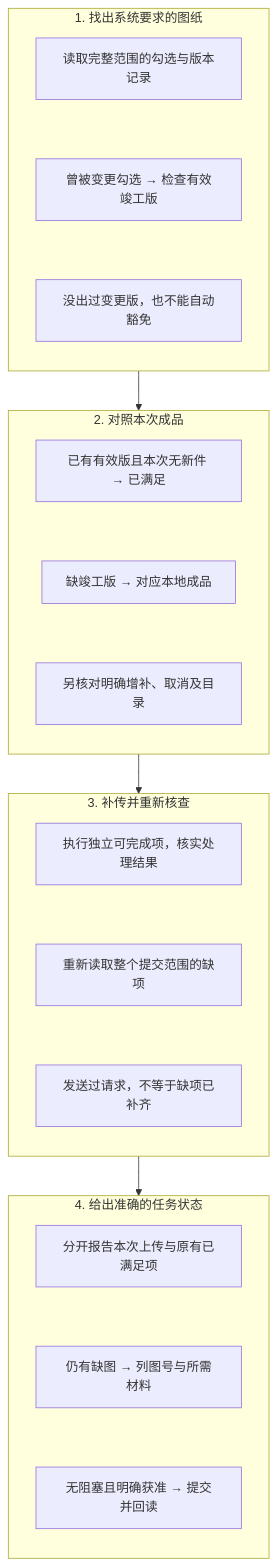
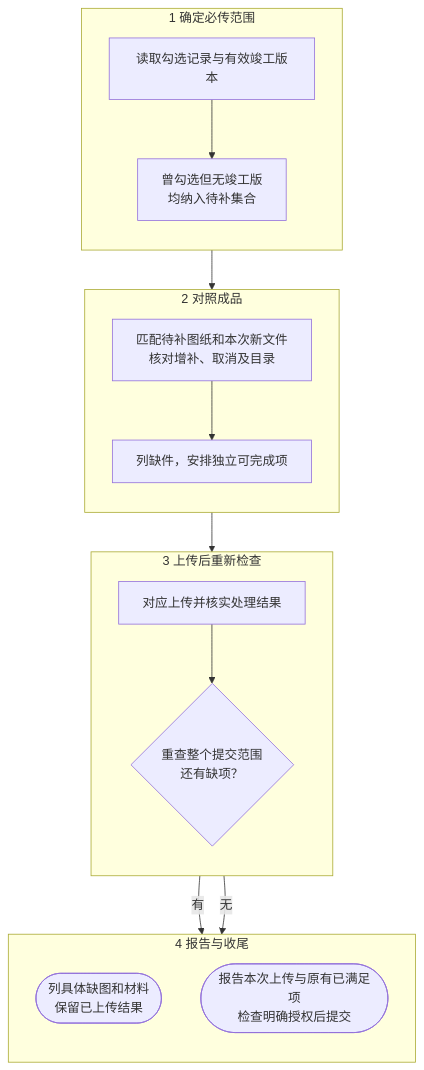
One commit to Zazia/blueprint-batch-upload changed the diagram in docs/upload-guide/sources/05-completion.mmd. Above: the diagram before and after it, drawn with Mermaid. The commit also changed 51 other files, not shown here.

Commit message:
Refocus article on Guangzhou designers and restore grouped flowcharts

```diff
--- a/docs/upload-guide/sources/05-completion.mmd
+++ b/docs/upload-guide/sources/05-completion.mmd
@@ -1,32 +1,28 @@
 flowchart TD
-  subgraph S0["1. 找出系统要求的图纸"]
+  subgraph S0["1 确定必传范围"]
     direction TB
-    N00["读取完整范围的勾选与版本记录"]
-    N01["曾被变更勾选 → 检查有效竣工版"]
-    N02["没出过变更版，也不能自动豁免"]
-    N00 ~~~ N01 ~~~ N02
+    a["读取勾选记录与有效竣工版本"]
+    b["曾勾选但无竣工版<br/>均纳入待补集合"]
   end
-  subgraph S1["2. 对照本次成品"]
+  subgraph S1["2 对照成品"]
     direction TB
-    N10["已有有效版且本次无新件 → 已满足"]
-    N11["缺竣工版 → 对应本地成品"]
-    N12["另核对明确增补、取消及目录"]
-    N10 ~~~ N11 ~~~ N12
+    c["匹配待补图纸和本次新文件<br/>核对增补、取消及目录"]
+    d["列缺件，安排独立可完成项"]
   end
-  S0 --> S1
-  subgraph S2["3. 补传并重新核查"]
+  subgraph S2["3 上传后重新检查"]
     direction TB
-    N20["执行独立可完成项，核实处理结果"]
-    N21["重新读取整个提交范围的缺项"]
-    N22["发送过请求，不等于缺项已补齐"]
-    N20 ~~~ N21 ~~~ N22
+    e["对应上传并核实处理结果"]
+    f{"重查整个提交范围<br/>还有缺项？"}
   end
-  S1 --> S2
-  subgraph S3["4. 给出准确的任务状态"]
+  subgraph S3["4 报告与收尾"]
     direction TB
-    N30["分开报告本次上传与原有已满足项"]
-    N31["仍有缺图 → 列图号与所需材料"]
-    N32["无阻塞且明确获准 → 提交并回读"]
-    N30 ~~~ N31 ~~~ N32
+    g(["列具体缺图和材料<br/>保留已上传结果"])
+    h(["报告本次上传与原有已满足项<br/>检查明确授权后提交"])
   end
-  S2 --> S3
+  a --> b
+  b --> c
+  c --> d
+  d --> e
+  e --> f
+  f -->|有| g
+  f -->|无| h
```
